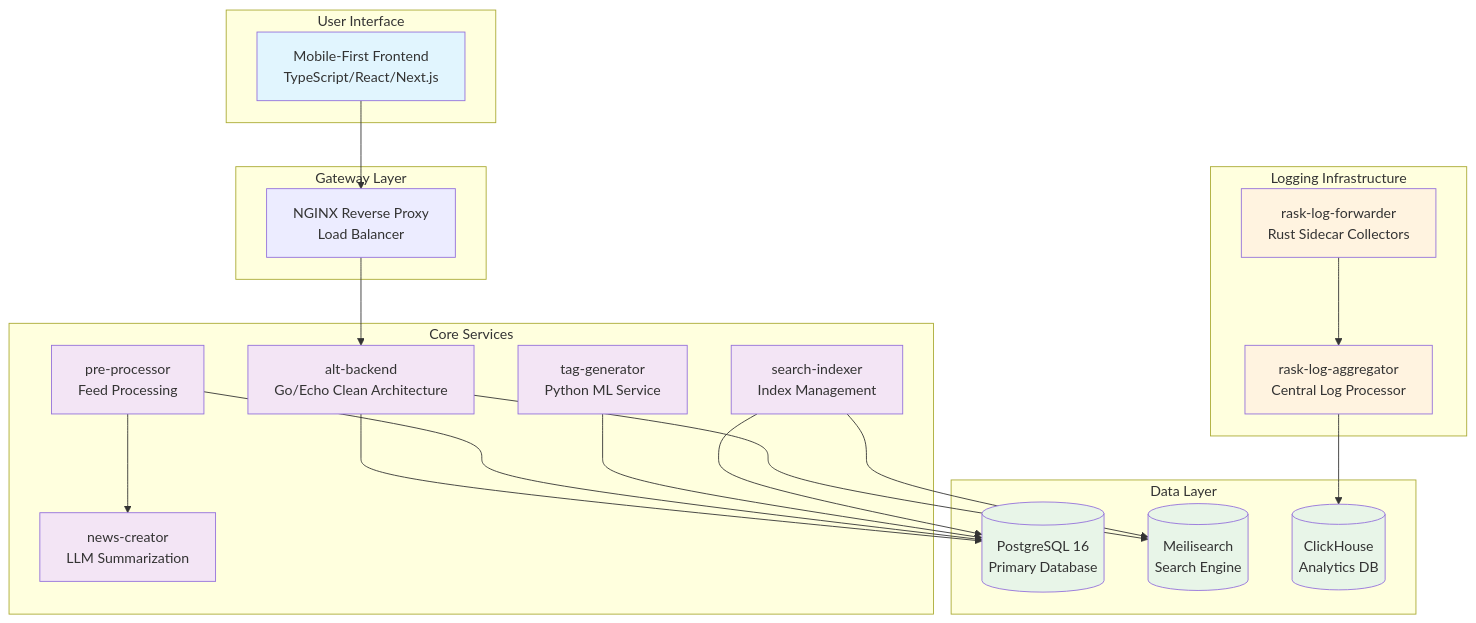
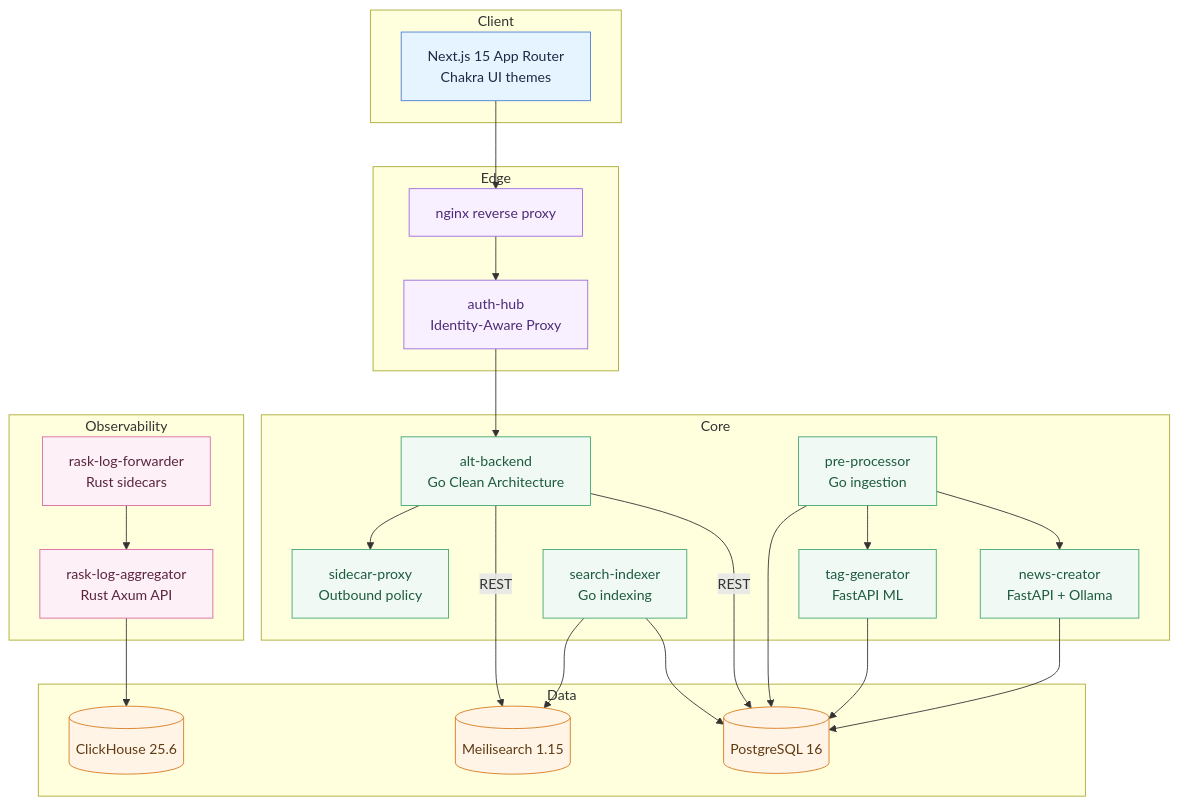
One commit to Kaikei-e/Alt changed the first of 2 diagrams in README.md. Above: the diagram before and after it, drawn with Mermaid. The commit also changed other lines of this file, not shown here.

````diff
--- a/README.md
+++ b/README.md
@@ -79,53 +45,54 @@
 ```mermaid
 graph TB
-    subgraph "User Interface"
-        UI[Mobile-First Frontend<br/>TypeScript/React/Next.js]
+    subgraph Client
+        UI[Next.js 15 App Router<br/>Chakra UI themes]
     end
 
-    subgraph "Gateway Layer"
-        NGINX[NGINX Reverse Proxy<br/>Load Balancer]
+    subgraph Edge
+        NGINX[nginx reverse proxy]
+        AUTHHUB[auth-hub<br/>Identity-Aware Proxy]
     end
 
-    subgraph "Core Services"
-        API[alt-backend<br/>Go/Echo Clean Architecture]
-        PREP[pre-processor<br/>Feed Processing]
-        TAG[tag-generator<br/>Python ML Service]
-        NEWS[news-creator<br/>LLM Summarization]
-        SEARCH[search-indexer<br/>Index Management]
+    subgraph Core
+        BACKEND[alt-backend<br/>Go Clean Architecture]
+        PREPROC[pre-processor<br/>Go ingestion]
+        TAGGER[tag-generator<br/>FastAPI ML]
+        NEWS[news-creator<br/>FastAPI + Ollama]
+        SEARCHIDX[search-indexer<br/>Go indexing]
+        SIDECAR[sidecar-proxy<br/>Outbound policy]
     end
 
-    subgraph "Data Layer"
-        PG[(PostgreSQL 16<br/>Primary Database)]
-        MEILI[(Meilisearch<br/>Search Engine)]
-        CLICK[(ClickHouse<br/>Analytics DB)]
+    subgraph Data
+        PG[(PostgreSQL 16)]
+        MEILI[(Meilisearch 1.15)]
+        CLICK[(ClickHouse 25.6)]
     end
 
-    subgraph "Logging Infrastructure"
-        FORWARDER[rask-log-forwarder<br/>Rust Sidecar Collectors]
-        AGGREGATOR[rask-log-aggregator<br/>Central Log Processor]
+    subgraph Observability
+        FORWARDER[rask-log-forwarder<br/>Rust sidecars]
+        AGGREGATOR[rask-log-aggregator<br/>Rust Axum API]
     end
 
-    UI --> NGINX
-    NGINX --> API
-    API --> PG
-    API --> MEILI
-
-    PREP --> PG
-    PREP --> NEWS
-    TAG --> PG
-    SEARCH --> PG
-    SEARCH --> MEILI
-
-    FORWARDER --> AGGREGATOR
-    AGGREGATOR --> CLICK
-
-    classDef frontend fill:#e1f5fe
-    classDef backend fill:#f3e5f5
-    classDef data fill:#e8f5e8
-    classDef logging fill:#fff3e0
-
-    class UI frontend
-    class API,PREP,TAG,NEWS,SEARCH backend
+    UI --> NGINX --> AUTHHUB --> BACKEND
+    BACKEND -->|REST| PG
+    BACKEND -->|REST| MEILI
+    BACKEND --> SIDECAR
+    PREPROC --> NEWS
+    PREPROC --> TAGGER
+    PREPROC --> PG
+    TAGGER --> PG
+    NEWS --> PG
+    SEARCHIDX --> PG
+    SEARCHIDX --> MEILI
+    FORWARDER --> AGGREGATOR --> CLICK
+    classDef client fill:#e6f4ff,stroke:#4c7bd9,color:#1f2a44
+    classDef edge fill:#f9f0ff,stroke:#9c6ade,color:#4c2a77
+    classDef core fill:#f0f9f4,stroke:#41a66f,color:#1d5b3f
+    classDef data fill:#fff4e6,stroke:#d77a1d,color:#5f3b14
+    classDef obs fill:#fdf0f6,stroke:#d76aa2,color:#5a2440
+    class UI client
+    class NGINX,AUTHHUB edge
+    class BACKEND,PREPROC,TAGGER,NEWS,SEARCHIDX,SIDECAR core
     class PG,MEILI,CLICK data
-    class FORWARDER,AGGREGATOR logging
+    class FORWARDER,AGGREGATOR obs
 ```
````
